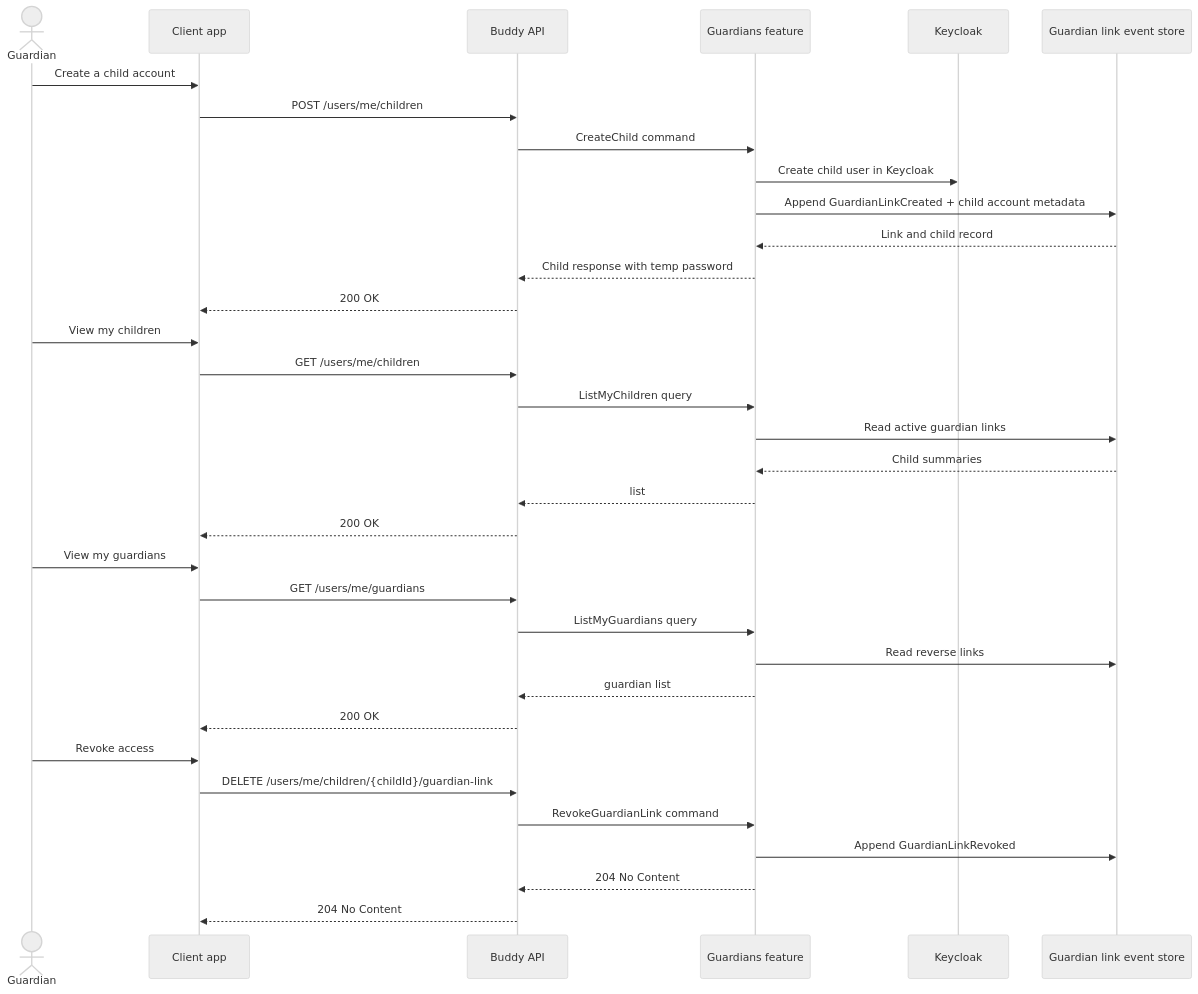
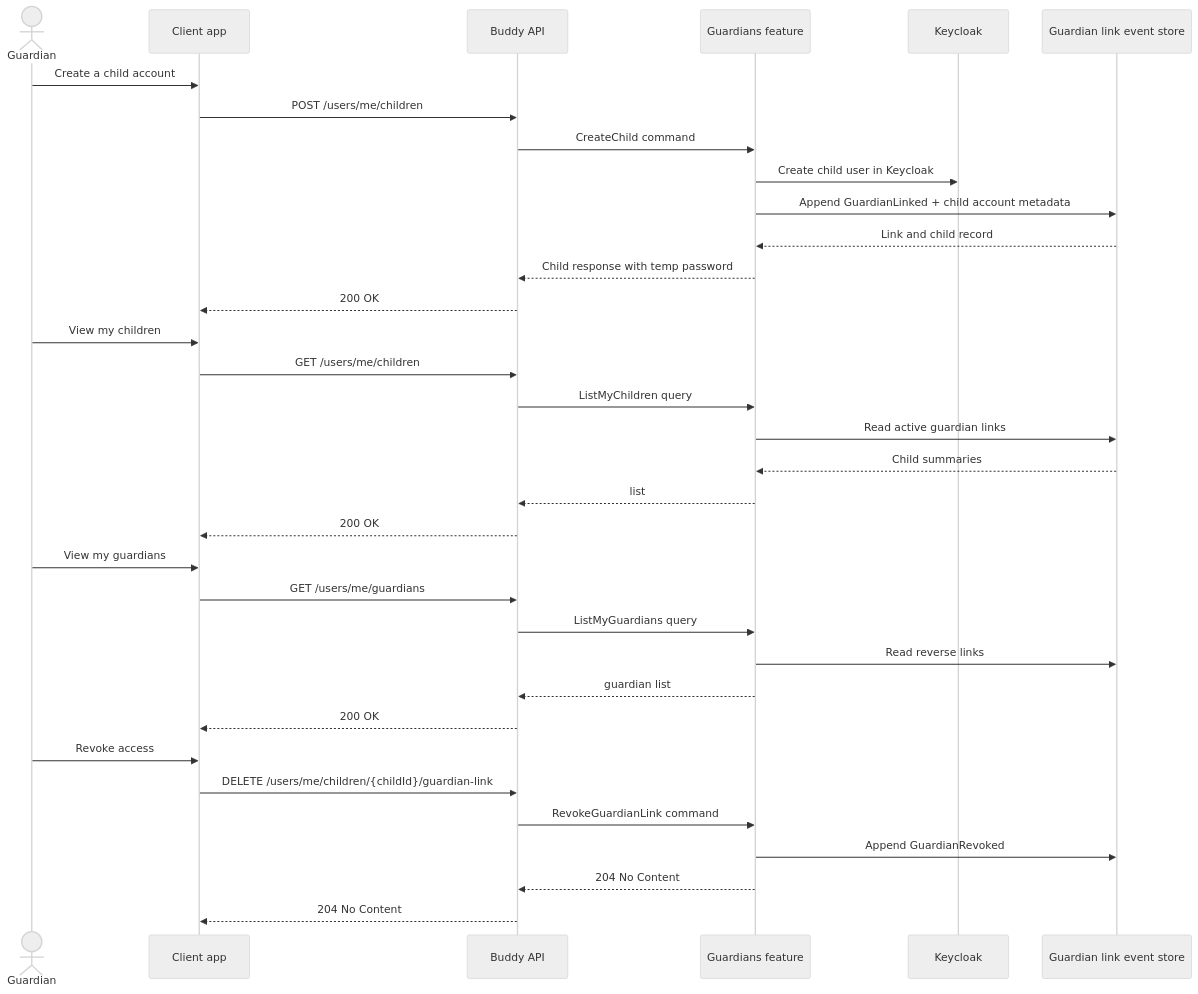
One commit to kimipsen/buddy changed the diagram in docs/backend/guardians/flow.md. Above: the diagram before and after it, drawn with Mermaid (neutral theme). The commit also changed other lines of this file and 126 other files, not shown here.

````diff
--- a/docs/backend/guardians/flow.md
+++ b/docs/backend/guardians/flow.md
@@ -5,40 +5,40 @@
 ```mermaid
 sequenceDiagram
     actor Guardian
     participant App as Client app
     participant API as Buddy API
     participant Guardians as Guardians feature
     participant Keycloak
     participant Store as Guardian link event store
 
     Guardian->>App: Create a child account
     App->>API: POST /users/me/children
     API->>Guardians: CreateChild command
     Guardians->>Keycloak: Create child user in Keycloak
-    Guardians->>Store: Append GuardianLinkCreated + child account metadata
+    Guardians->>Store: Append GuardianLinked + child account metadata
     Store-->>Guardians: Link and child record
     Guardians-->>API: Child response with temp password
     API-->>App: 200 OK
 
     Guardian->>App: View my children
     App->>API: GET /users/me/children
     API->>Guardians: ListMyChildren query
     Guardians->>Store: Read active guardian links
     Store-->>Guardians: Child summaries
     Guardians-->>API: list
     API-->>App: 200 OK
 
     Guardian->>App: View my guardians
     App->>API: GET /users/me/guardians
     API->>Guardians: ListMyGuardians query
     Guardians->>Store: Read reverse links
     Guardians-->>API: guardian list
     API-->>App: 200 OK
 
     Guardian->>App: Revoke access
     App->>API: DELETE /users/me/children/{childId}/guardian-link
     API->>Guardians: RevokeGuardianLink command
-    Guardians->>Store: Append GuardianLinkRevoked
+    Guardians->>Store: Append GuardianRevoked
     Guardians-->>API: 204 No Content
     API-->>App: 204 No Content
 ```
````
